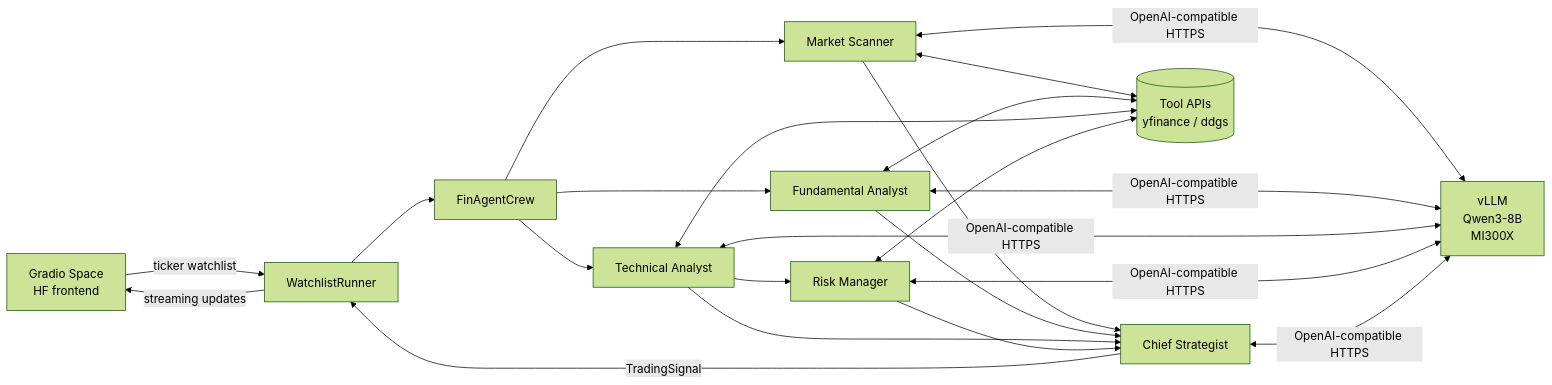
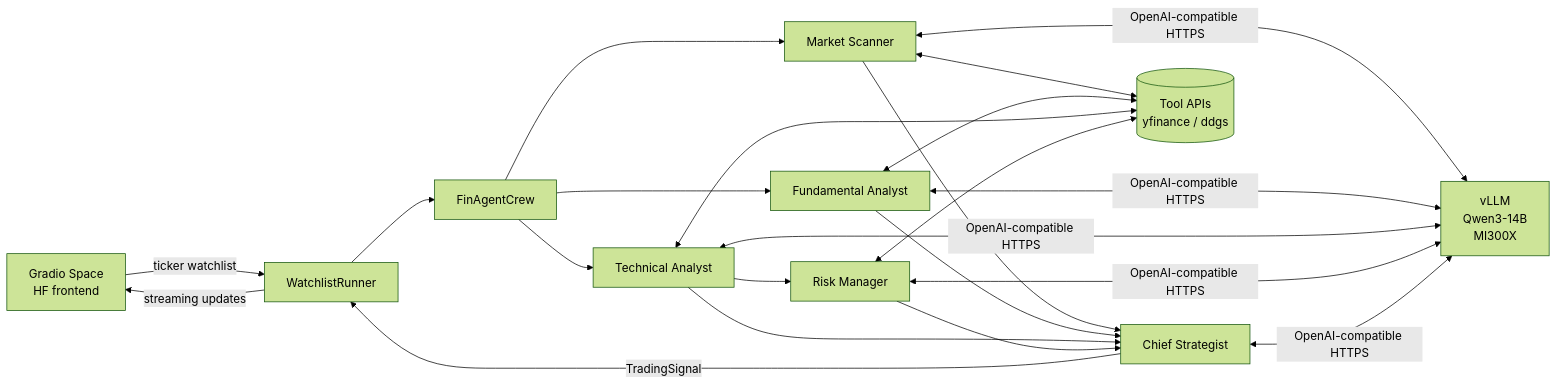
One commit to emmanuelakbi/FinAgent changed the diagram in README.md. Above: the diagram before and after it, drawn with Mermaid (forest theme). The commit also changed other lines of this file, not shown here.

````diff
--- a/README.md
+++ b/README.md
@@ -34,31 +34,31 @@
 ```mermaid
 flowchart LR
     UI[Gradio Space<br/>HF frontend]
     R[WatchlistRunner]
     C[FinAgentCrew]
     MS[Market Scanner]
     FA[Fundamental Analyst]
     TA[Technical Analyst]
     RM[Risk Manager]
     CS[Chief Strategist]
-    V[vLLM<br/>Qwen3-8B<br/>MI300X]
+    V[vLLM<br/>Qwen3-14B<br/>MI300X]
     T[(Tool APIs<br/>yfinance / ddgs)]
 
     UI -->|ticker watchlist| R
     R --> C
     C --> MS & FA & TA
     TA --> RM
     MS --> CS
     FA --> CS
     TA --> CS
     RM --> CS
     CS -->|TradingSignal| R
     R -->|streaming updates| UI
 
     MS <--> T
     FA <--> T
     TA <--> T
     RM <--> T
 
     MS & FA & TA & RM & CS <-->|OpenAI-compatible HTTPS| V
 ```
````
